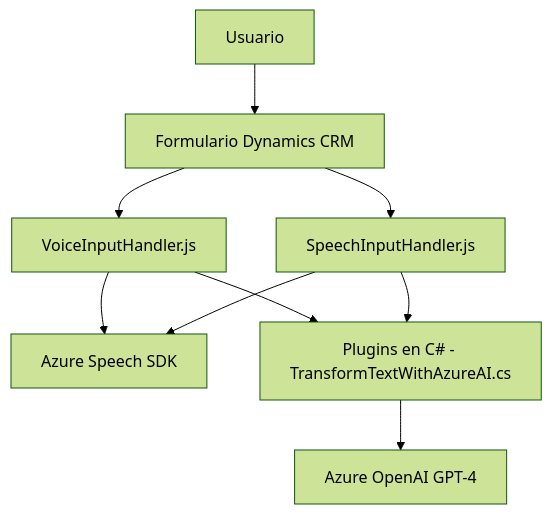
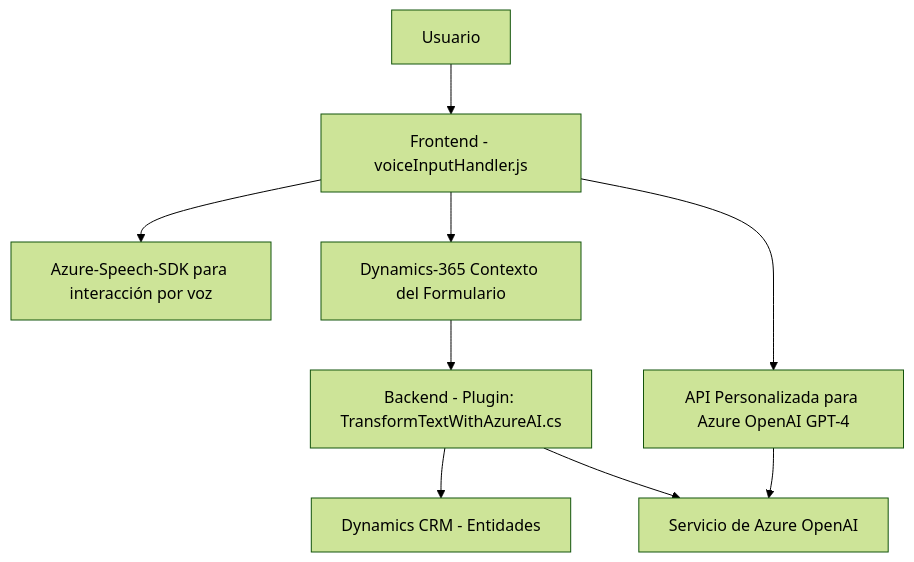
The diagram in README.md (blopezdm/NETCORE_BILBAO2025), drawn with Mermaid (forest theme) before and after one commit. The commit also changed other lines of this file, not shown here.

````diff
--- a/README.md
+++ b/README.md
@@ -56,19 +56,11 @@
 ```mermaid
 graph TD
-    A["Usuario"]
-    B["Formulario Dynamics CRM"]
-    C["VoiceInputHandler.js"]
-    D["SpeechInputHandler.js"]
-    E["Azure Speech SDK"]
-    F["Plugins en C# - TransformTextWithAzureAI.cs"]
-    G["Azure OpenAI GPT-4"]
-
-    A --> B
-    B --> C
-    B --> D
-    C --> E
-    D --> E
-    C --> F
-    D --> F
-    F --> G
+    A["Usuario"] --> B["Frontend - voiceInputHandler.js"]
+    B --> C["Azure-Speech-SDK para interacción por voz"]
+    B --> D["Dynamics-365 Contexto del Formulario"]
+    B --> E["API Personalizada para Azure OpenAI GPT-4"]
+    E --> F["Servicio de Azure OpenAI"]
+    D --> G["Backend - Plugin: TransformTextWithAzureAI.cs"]
+    G --> H["Dynamics CRM - Entidades"]
+    G --> F
 ```
````
